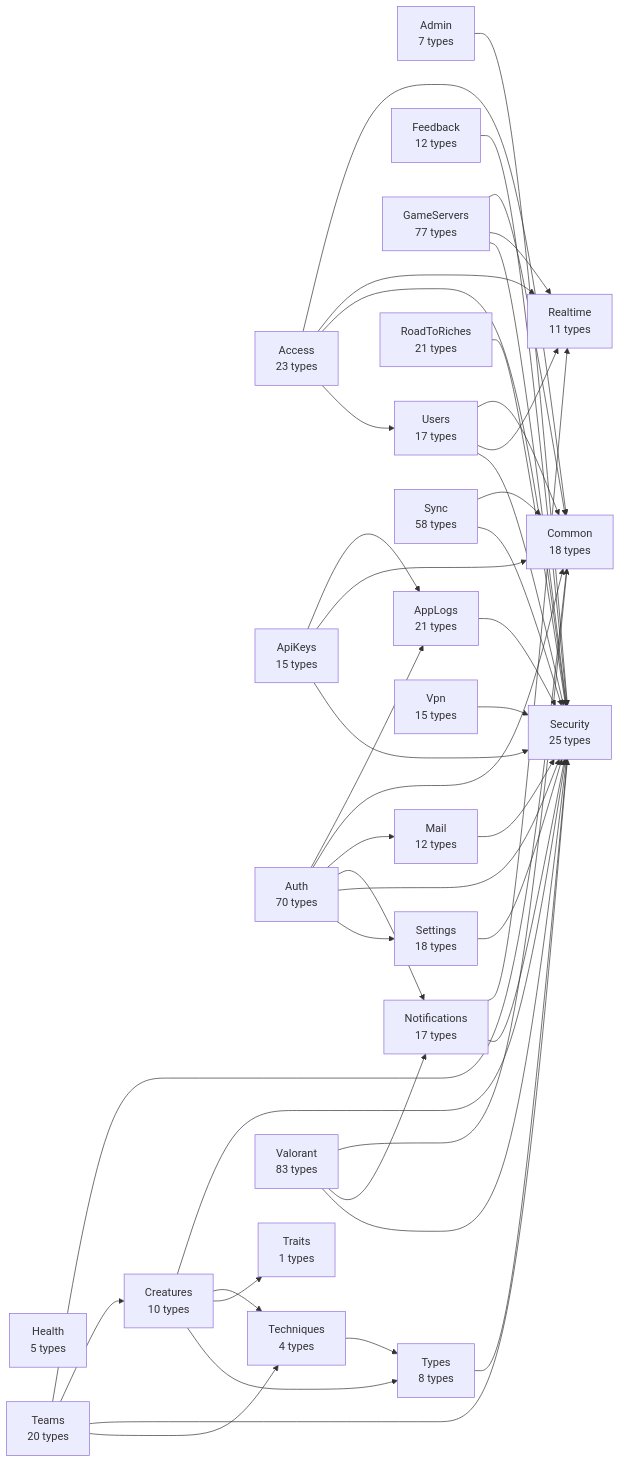
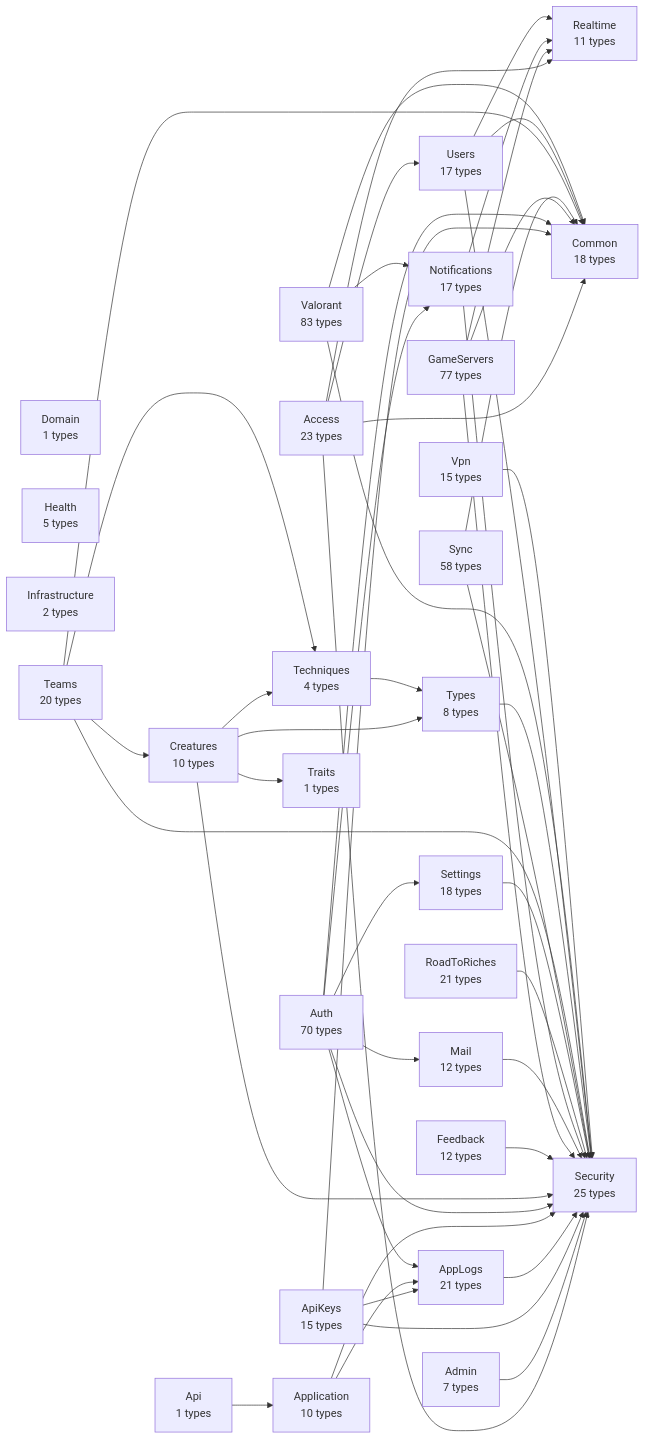
The diagram in api/docs/diagrams/00-modules.md (huiitre/Tools-app), drawn with Mermaid before and after one commit. The commit also changed 49 other files, not shown here.

````diff
--- a/api/docs/diagrams/00-modules.md
+++ b/api/docs/diagrams/00-modules.md
@@ -5,70 +5,77 @@
 ```mermaid
 flowchart LR
   Access["Access<br/>23 types"]
   Admin["Admin<br/>7 types"]
+  Api["Api<br/>1 types"]
   ApiKeys["ApiKeys<br/>15 types"]
   AppLogs["AppLogs<br/>21 types"]
+  Application["Application<br/>10 types"]
   Auth["Auth<br/>70 types"]
   Common["Common<br/>18 types"]
   Creatures["Creatures<br/>10 types"]
+  Domain["Domain<br/>1 types"]
   Feedback["Feedback<br/>12 types"]
   GameServers["GameServers<br/>77 types"]
   Health["Health<br/>5 types"]
+  Infrastructure["Infrastructure<br/>2 types"]
   Mail["Mail<br/>12 types"]
   Notifications["Notifications<br/>17 types"]
   Realtime["Realtime<br/>11 types"]
   RoadToRiches["RoadToRiches<br/>21 types"]
   Security["Security<br/>25 types"]
   Settings["Settings<br/>18 types"]
   Sync["Sync<br/>58 types"]
   Teams["Teams<br/>20 types"]
   Techniques["Techniques<br/>4 types"]
   Traits["Traits<br/>1 types"]
   Types["Types<br/>8 types"]
   Users["Users<br/>17 types"]
   Valorant["Valorant<br/>83 types"]
   Vpn["Vpn<br/>15 types"]
   Access --> Common
   Access --> Realtime
   Access --> Security
   Access --> Users
   Admin --> Security
+  Api --> Application
   ApiKeys --> AppLogs
   ApiKeys --> Common
   ApiKeys --> Security
   AppLogs --> Security
+  Application --> AppLogs
+  Application --> Security
   Auth --> AppLogs
   Auth --> Common
   Auth --> Mail
   Auth --> Notifications
   Auth --> Security
   Auth --> Settings
   Creatures --> Security
   Creatures --> Techniques
   Creatures --> Traits
   Creatures --> Types
   Feedback --> Security
   GameServers --> Common
   GameServers --> Realtime
   GameServers --> Security
   Mail --> Security
   Notifications --> Realtime
   Notifications --> Security
   RoadToRiches --> Security
   Settings --> Security
   Sync --> Common
   Sync --> Security
   Teams --> Common
   Teams --> Creatures
   Teams --> Security
   Teams --> Techniques
   Techniques --> Types
   Types --> Security
   Users --> Common
   Users --> Realtime
   Users --> Security
   Valorant --> Common
   Valorant --> Notifications
   Valorant --> Security
   Vpn --> Security
 ```
````
